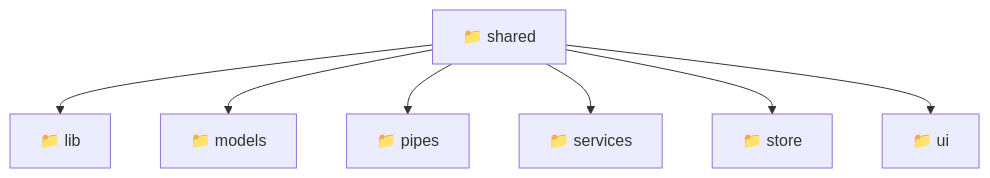
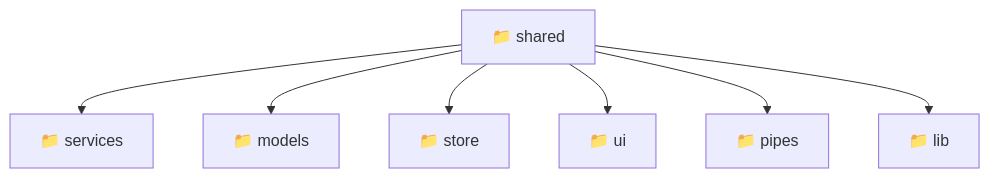
The diagram in frontend/src/shared/README.md (beginwebdev2002/fullstack-mavluda), drawn with Mermaid before and after one commit. The commit also changed other lines of this file and 166 other files, not shown here.

First line of the commit message:
docs: generate repository-wide architectural README files

````diff
--- a/frontend/src/shared/README.md
+++ b/frontend/src/shared/README.md
@@ -11,10 +11,16 @@
 ```mermaid
 graph TD
-  Root["📁 shared"]
-  Root --> lib["📁 lib"]
-  Root --> models["📁 models"]
-  Root --> pipes["📁 pipes"]
-  Root --> services["📁 services"]
-  Root --> store["📁 store"]
-  Root --> ui["📁 ui"]
+  f_Root_shared["📁 shared"]
+  f_Dir_services["📁 services"]
+  f_Root_shared --> f_Dir_services
+  f_Dir_models["📁 models"]
+  f_Root_shared --> f_Dir_models
+  f_Dir_store["📁 store"]
+  f_Root_shared --> f_Dir_store
+  f_Dir_ui["📁 ui"]
+  f_Root_shared --> f_Dir_ui
+  f_Dir_pipes["📁 pipes"]
+  f_Root_shared --> f_Dir_pipes
+  f_Dir_lib["📁 lib"]
+  f_Root_shared --> f_Dir_lib
 ```
````
